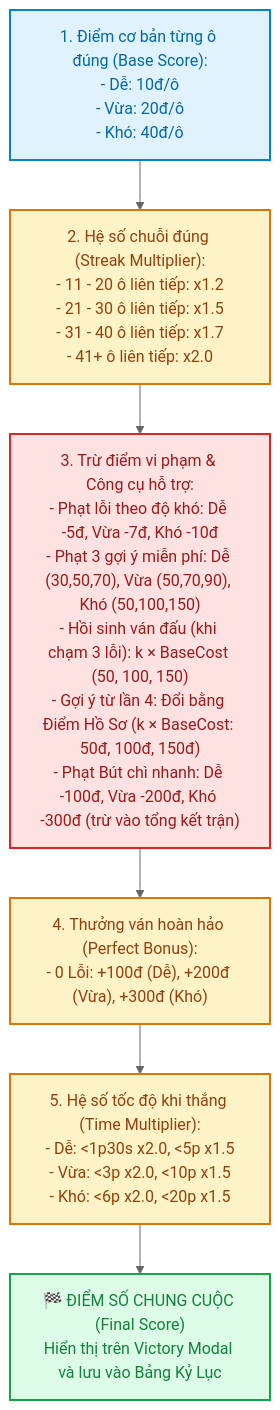
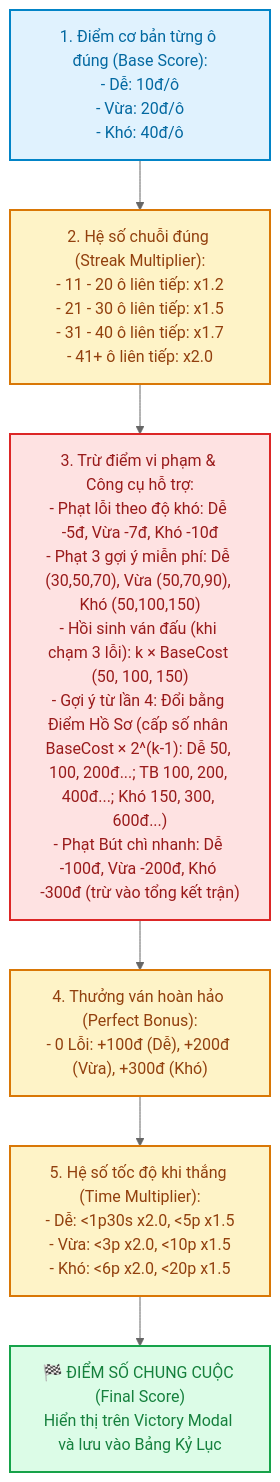
Before and after one commit to Jhanh/Sudoku_game: the second of 3 diagrams in docs/04_storage_and_scoring_models.md, drawn with Mermaid (neutral theme). The commit also changed 10 other files, not shown here.

````diff
--- a/docs/04_storage_and_scoring_models.md
+++ b/docs/04_storage_and_scoring_models.md
@@ -78,30 +78,30 @@
 ```mermaid
 flowchart TD
     classDef base fill:#E0F2FE,stroke:#0284C7,stroke-width:2px,color:#0369A1;
     classDef mult fill:#FEF3C7,stroke:#D97706,stroke-width:2px,color:#92400E;
     classDef penalty fill:#FEE2E2,stroke:#DC2626,stroke-width:2px,color:#991B1B;
     classDef total fill:#DCFCE7,stroke:#16A34A,stroke-width:2px,color:#15803D;
 
     P_BASE["1. Điểm cơ bản từng ô đúng (Base Score):<br/>- Dễ: 10đ/ô<br/>- Vừa: 20đ/ô<br/>- Khó: 40đ/ô"]
 
     P_STREAK["2. Hệ số chuỗi đúng (Streak Multiplier):<br/>- 11 - 20 ô liên tiếp: x1.2<br/>- 21 - 30 ô liên tiếp: x1.5<br/>- 31 - 40 ô liên tiếp: x1.7<br/>- 41+ ô liên tiếp: x2.0"]
 
-    P_PENALTY["3. Trừ điểm vi phạm & Công cụ hỗ trợ:<br/>- Phạt lỗi theo độ khó: Dễ -5đ, Vừa -7đ, Khó -10đ<br/>- Phạt 3 gợi ý miễn phí: Dễ (30,50,70), Vừa (50,70,90), Khó (50,100,150)<br/>- Hồi sinh ván đấu (khi chạm 3 lỗi): k × BaseCost (50, 100, 150)<br/>- Gợi ý từ lần 4: Đổi bằng Điểm Hồ Sơ (k × BaseCost: 50đ, 100đ, 150đ)<br/>- Phạt Bút chì nhanh: Dễ -100đ, Vừa -200đ, Khó -300đ (trừ vào tổng kết trận)"]
+    P_PENALTY["3. Trừ điểm vi phạm & Công cụ hỗ trợ:<br/>- Phạt lỗi theo độ khó: Dễ -5đ, Vừa -7đ, Khó -10đ<br/>- Phạt 3 gợi ý miễn phí: Dễ (30,50,70), Vừa (50,70,90), Khó (50,100,150)<br/>- Hồi sinh ván đấu (khi chạm 3 lỗi): k × BaseCost (50, 100, 150)<br/>- Gợi ý từ lần 4: Đổi bằng Điểm Hồ Sơ (cấp số nhân BaseCost × 2^(k-1): Dễ 50, 100, 200đ...; TB 100, 200, 400đ...; Khó 150, 300, 600đ...)<br/>- Phạt Bút chì nhanh: Dễ -100đ, Vừa -200đ, Khó -300đ (trừ vào tổng kết trận)"]
 
     P_BONUS["4. Thưởng ván hoàn hảo (Perfect Bonus):<br/>- 0 Lỗi: +100đ (Dễ), +200đ (Vừa), +300đ (Khó)"]
 
     P_TIME["5. Hệ số tốc độ khi thắng (Time Multiplier):<br/>- Dễ: <1p30s x2.0, <5p x1.5<br/>- Vừa: <3p x2.0, <10p x1.5<br/>- Khó: <6p x2.0, <20p x1.5"]
 
     P_FINAL["🏁 ĐIỂM SỐ CHUNG CUỘC (Final Score)<br/>Hiển thị trên Victory Modal và lưu vào Bảng Kỷ Lục"]
 
     P_BASE --> P_STREAK
     P_STREAK --> P_PENALTY
     P_PENALTY --> P_BONUS
     P_BONUS --> P_TIME
     P_TIME --> P_FINAL
 
     class P_BASE base;
     class P_STREAK,P_TIME,P_BONUS mult;
     class P_PENALTY penalty;
     class P_FINAL total;
 ```
````
